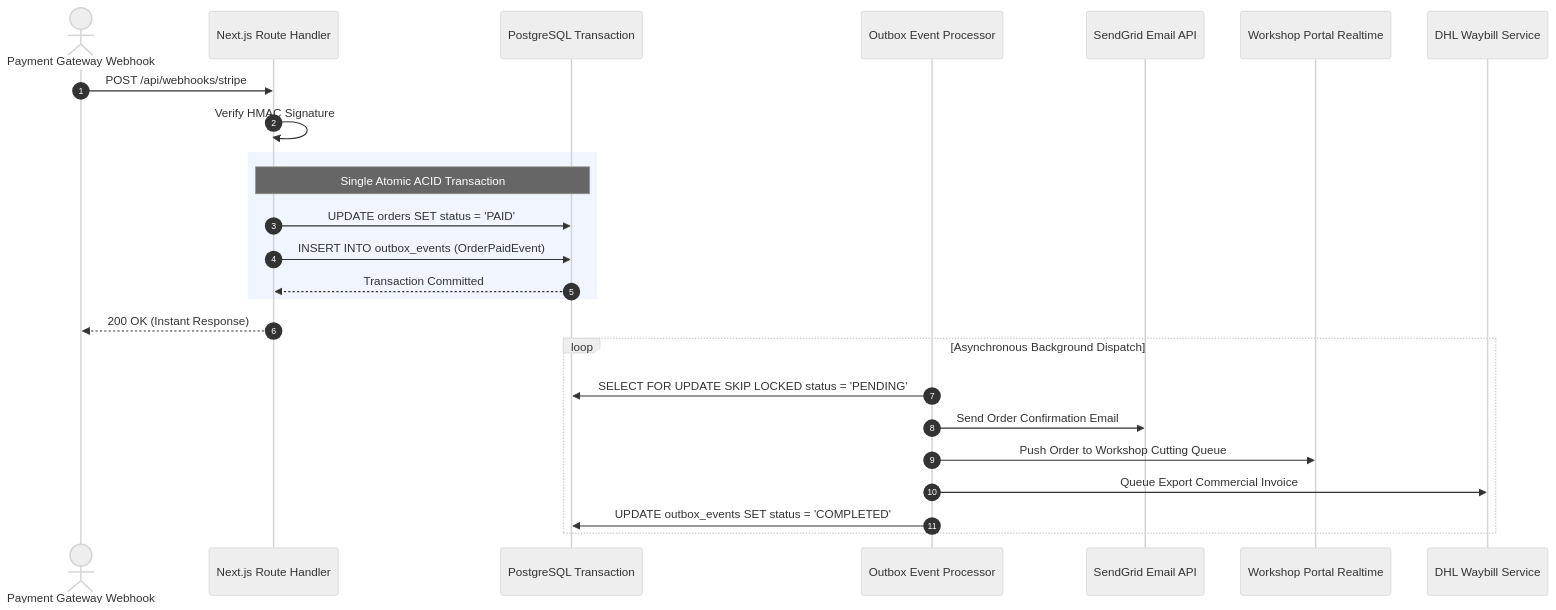
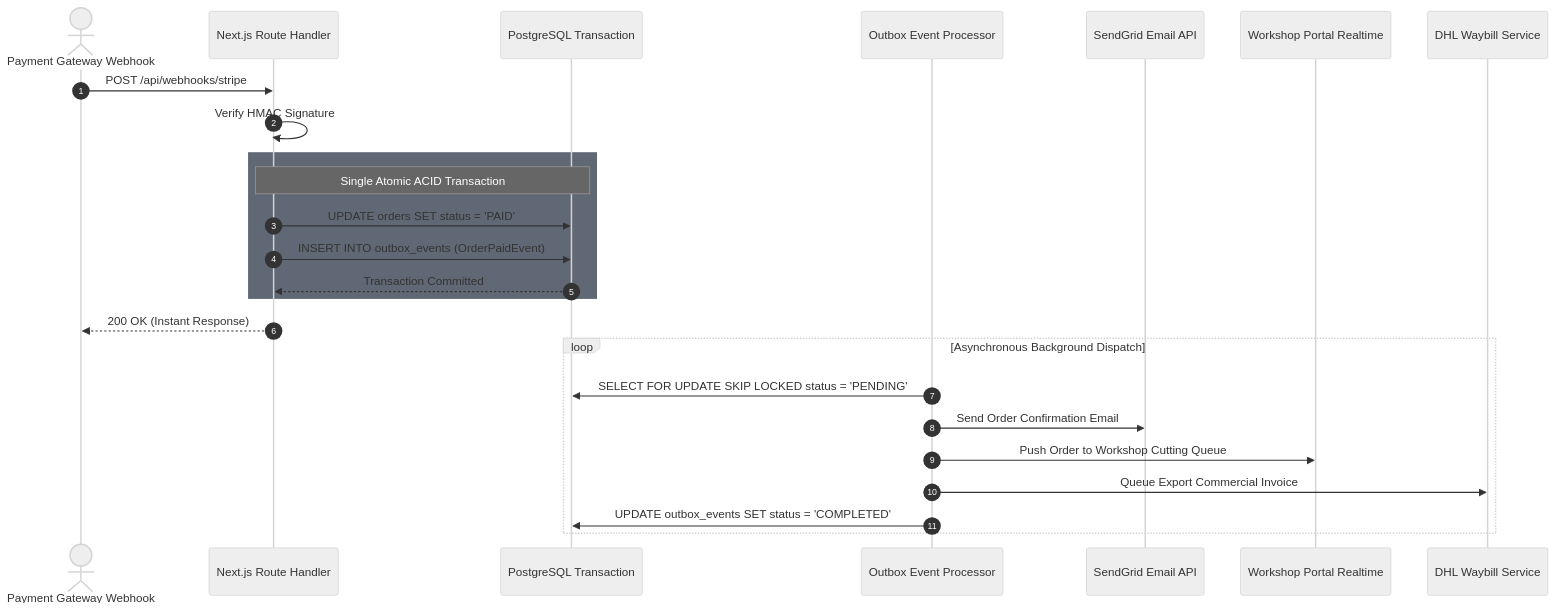
One commit to Sarthak2233/Jeanius changed the tenth of 10 diagrams in docs/product/PRODUCT-CONTRACT.md. Above: the diagram before and after it, drawn with Mermaid (neutral theme). The commit also changed 43 other files, not shown here.

First line of the commit message:
feat(docs): revamp diagrams with high-contrast dark atelier card styling and semantic palettes

````diff
--- a/docs/product/PRODUCT-CONTRACT.md
+++ b/docs/product/PRODUCT-CONTRACT.md
@@ -533,31 +533,31 @@
 ```mermaid
 sequenceDiagram
     autonumber
     actor Webhook as Payment Gateway Webhook
     participant RouteHandler as Next.js Route Handler
     participant DB as PostgreSQL Transaction
     participant Worker as Outbox Event Processor
     participant Email as SendGrid Email API
     participant Workshop as Workshop Portal Realtime
     participant Logistics as DHL Waybill Service
 
     Webhook->>RouteHandler: POST /api/webhooks/stripe
     RouteHandler->>RouteHandler: Verify HMAC Signature
 
-    rect rgb(240, 245, 255)
+    rect rgba(30, 41, 59, 0.7)
         Note over RouteHandler,DB: Single Atomic ACID Transaction
         RouteHandler->>DB: UPDATE orders SET status = 'PAID'
         RouteHandler->>DB: INSERT INTO outbox_events (OrderPaidEvent)
         DB-->>RouteHandler: Transaction Committed
     end
 
     RouteHandler-->>Webhook: 200 OK (Instant Response)
 
     loop Asynchronous Background Dispatch
         Worker->>DB: SELECT FOR UPDATE SKIP LOCKED status = 'PENDING'
         Worker->>Email: Send Order Confirmation Email
         Worker->>Workshop: Push Order to Workshop Cutting Queue
         Worker->>Logistics: Queue Export Commercial Invoice
         Worker->>DB: UPDATE outbox_events SET status = 'COMPLETED'
     end
 ```
````
